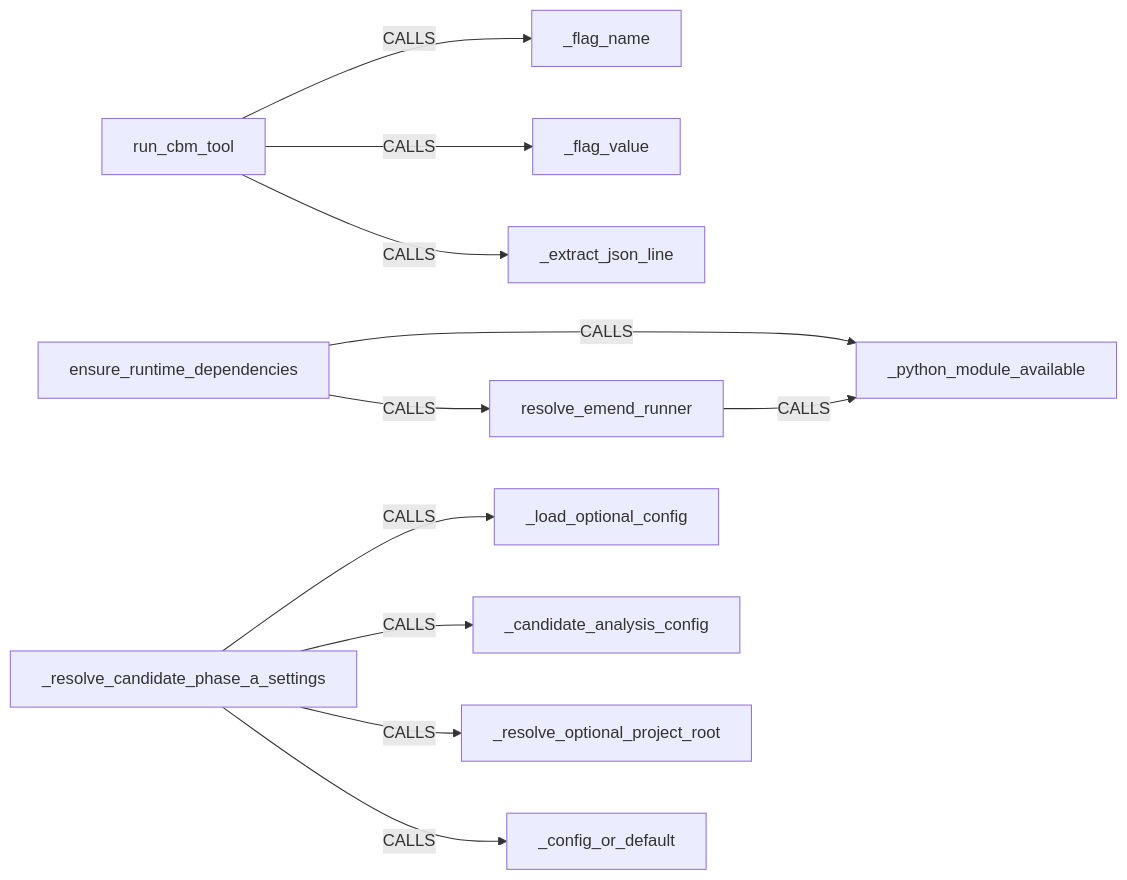
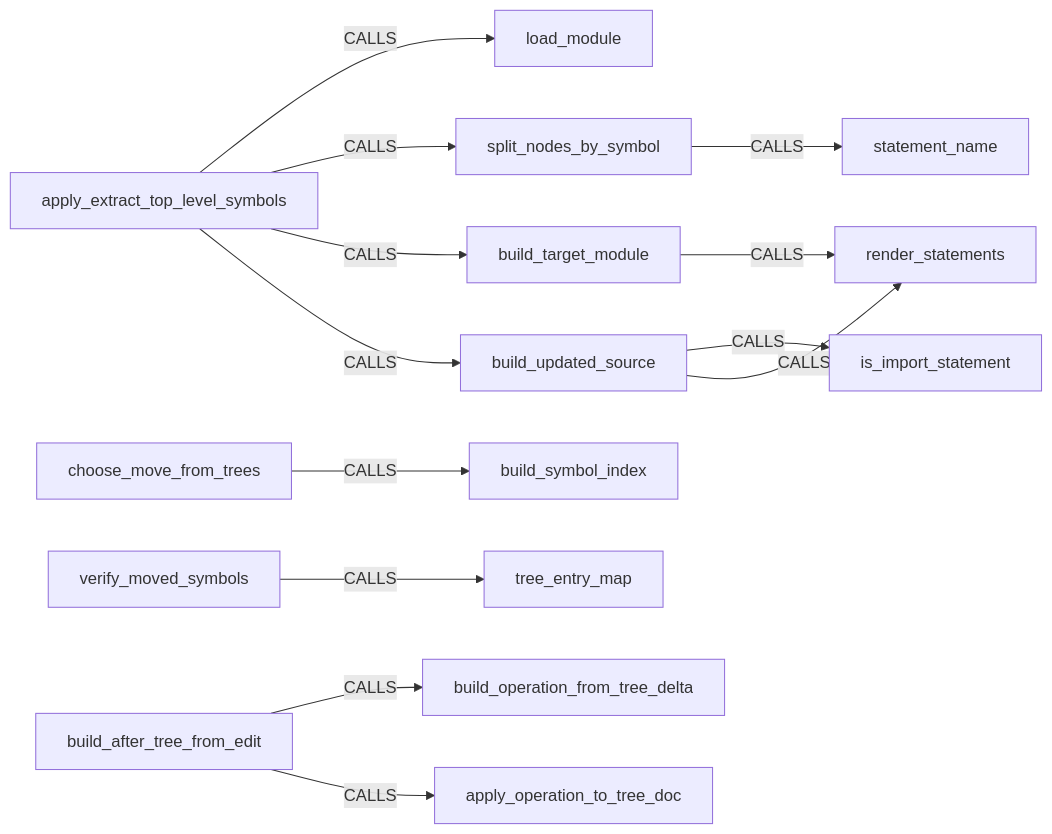
Before and after one commit to scl2bp/refactor_cli: the fifth of 7 diagrams in .refactor/analysis/candidates/report.md, drawn with Mermaid. The commit also changed other lines of this file and 6 other files, not shown here.

Commit message:
Implement scope baseline analysis and enhance candidate report with AST integration

````diff
--- a/.refactor/analysis/candidates/report.md
+++ b/.refactor/analysis/candidates/report.md
@@ -229,13 +236,15 @@
 ```mermaid
 flowchart LR
-  run_cbm_tool["run_cbm_tool"] -->|CALLS| _flag_name["_flag_name"]
-  run_cbm_tool["run_cbm_tool"] -->|CALLS| _flag_value["_flag_value"]
-  run_cbm_tool["run_cbm_tool"] -->|CALLS| _extract_json_line["_extract_json_line"]
-  resolve_emend_runner["resolve_emend_runner"] -->|CALLS| _python_module_available["_python_module_available"]
-  ensure_runtime_dependencies["ensure_runtime_dependencies"] -->|CALLS| _python_module_available["_python_module_available"]
-  ensure_runtime_dependencies["ensure_runtime_dependencies"] -->|CALLS| resolve_emend_runner["resolve_emend_runner"]
-  _resolve_candidate_phase_a_settings["_resolve_candidate_phase_a_settings"] -->|CALLS| _load_optional_config["_load_optional_config"]
-  _resolve_candidate_phase_a_settings["_resolve_candidate_phase_a_settings"] -->|CALLS| _candidate_analysis_config["_candidate_analysis_config"]
-  _resolve_candidate_phase_a_settings["_resolve_candidate_phase_a_settings"] -->|CALLS| _resolve_optional_project_root["_resolve_optional_project_root"]
-  _resolve_candidate_phase_a_settings["_resolve_candidate_phase_a_settings"] -->|CALLS| _config_or_default["_config_or_default"]
+  split_nodes_by_symbol["split_nodes_by_symbol"] -->|CALLS| statement_name["statement_name"]
+  build_target_module["build_target_module"] -->|CALLS| render_statements["render_statements"]
+  build_updated_source["build_updated_source"] -->|CALLS| is_import_statement["is_import_statement"]
+  build_updated_source["build_updated_source"] -->|CALLS| render_statements["render_statements"]
+  choose_move_from_trees["choose_move_from_trees"] -->|CALLS| build_symbol_index["build_symbol_index"]
+  verify_moved_symbols["verify_moved_symbols"] -->|CALLS| tree_entry_map["tree_entry_map"]
+  build_after_tree_from_edit["build_after_tree_from_edit"] -->|CALLS| build_operation_from_tree_delta["build_operation_from_tree_delta"]
+  build_after_tree_from_edit["build_after_tree_from_edit"] -->|CALLS| apply_operation_to_tree_doc["apply_operation_to_tree_doc"]
+  apply_extract_top_level_symbols["apply_extract_top_level_symbols"] -->|CALLS| load_module["load_module"]
+  apply_extract_top_level_symbols["apply_extract_top_level_symbols"] -->|CALLS| split_nodes_by_symbol["split_nodes_by_symbol"]
+  apply_extract_top_level_symbols["apply_extract_top_level_symbols"] -->|CALLS| build_target_module["build_target_module"]
+  apply_extract_top_level_symbols["apply_extract_top_level_symbols"] -->|CALLS| build_updated_source["build_updated_source"]
 ```
````
